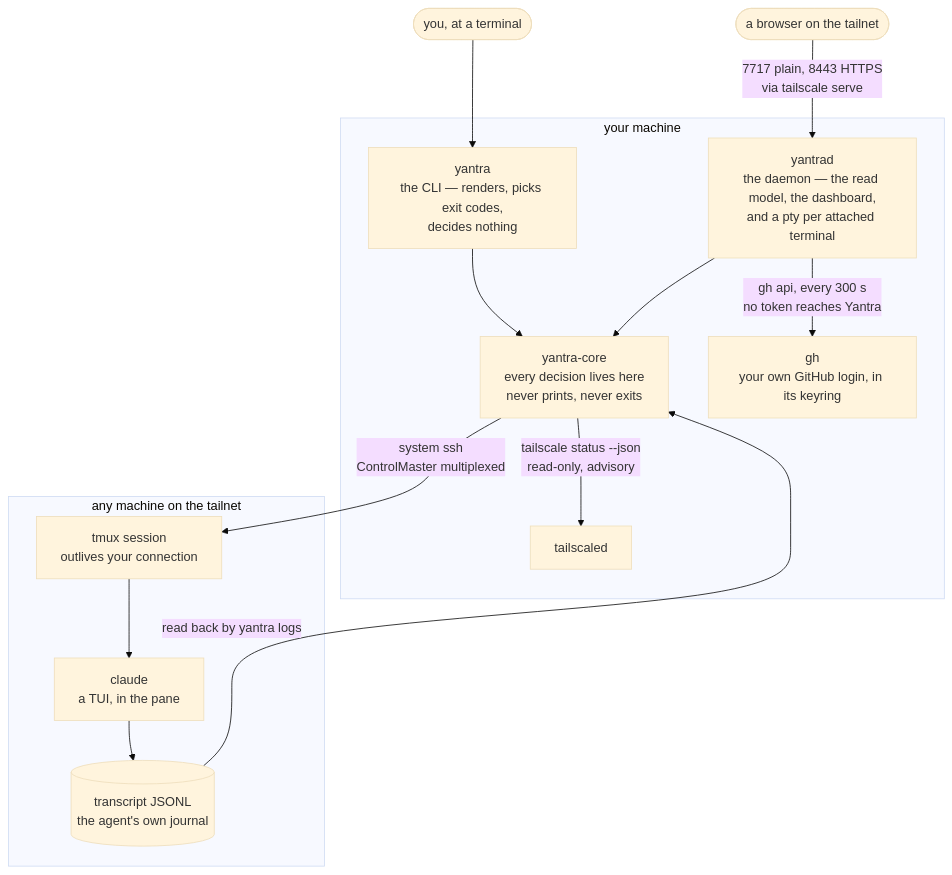
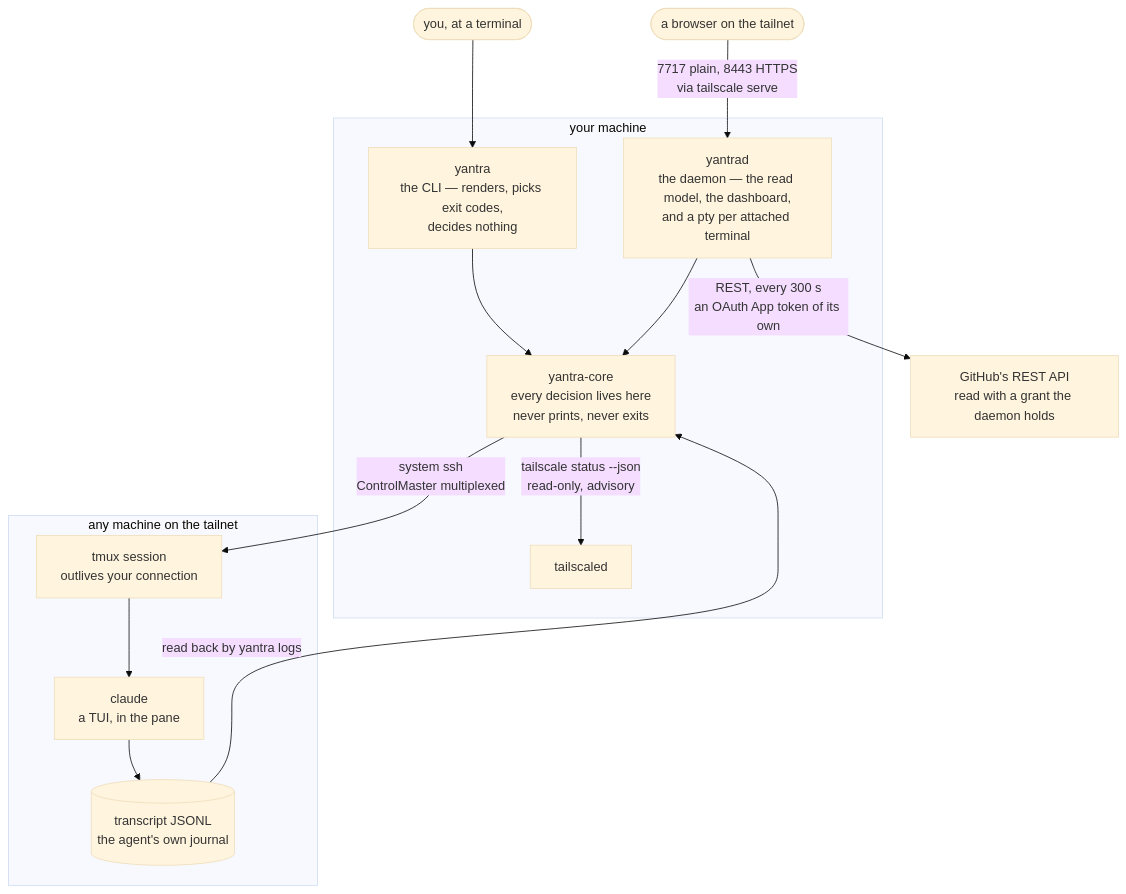
One commit to 2002Bishwajeet/yantra changed the first of 7 diagrams in docs/architecture.md. Above: the diagram before and after it, drawn with Mermaid (base theme). The commit also changed other lines of this file and 2 other files, not shown here.

````diff
--- a/docs/architecture.md
+++ b/docs/architecture.md
@@ -21,30 +21,30 @@
 ```mermaid
 flowchart TB
     you(["you, at a terminal"])
     browser(["a browser on the tailnet"])
+    gh["GitHub's REST API<br/>read with a grant the daemon holds"]
 
     subgraph host["your machine"]
         cli["yantra<br/>the CLI — renders, picks exit codes,<br/>decides nothing"]
         daemon["yantrad<br/>the daemon — the read model, the dashboard,<br/>and a pty per attached terminal"]
         core["yantra-core<br/>every decision lives here<br/>never prints, never exits"]
         tsd["tailscaled"]
-        gh["gh<br/>your own GitHub login, in its keyring"]
     end
 
     subgraph target["any machine on the tailnet"]
         tmux["tmux session<br/>outlives your connection"]
         claude["claude<br/>a TUI, in the pane"]
         jsonl[("transcript JSONL<br/>the agent's own journal")]
     end
 
     you --> cli
     browser -->|"7717 plain, 8443 HTTPS<br/>via tailscale serve"| daemon
     cli --> core
     daemon --> core
     core -->|"system ssh<br/>ControlMaster multiplexed"| tmux
     core -->|"tailscale status --json<br/>read-only, advisory"| tsd
-    daemon -->|"gh api, every 300 s<br/>no token reaches Yantra"| gh
+    daemon -->|"REST, every 300 s<br/>an OAuth App token of its own"| gh
     tmux --> claude
     claude --> jsonl
     jsonl -->|"read back by yantra logs"| core
 ```
````
